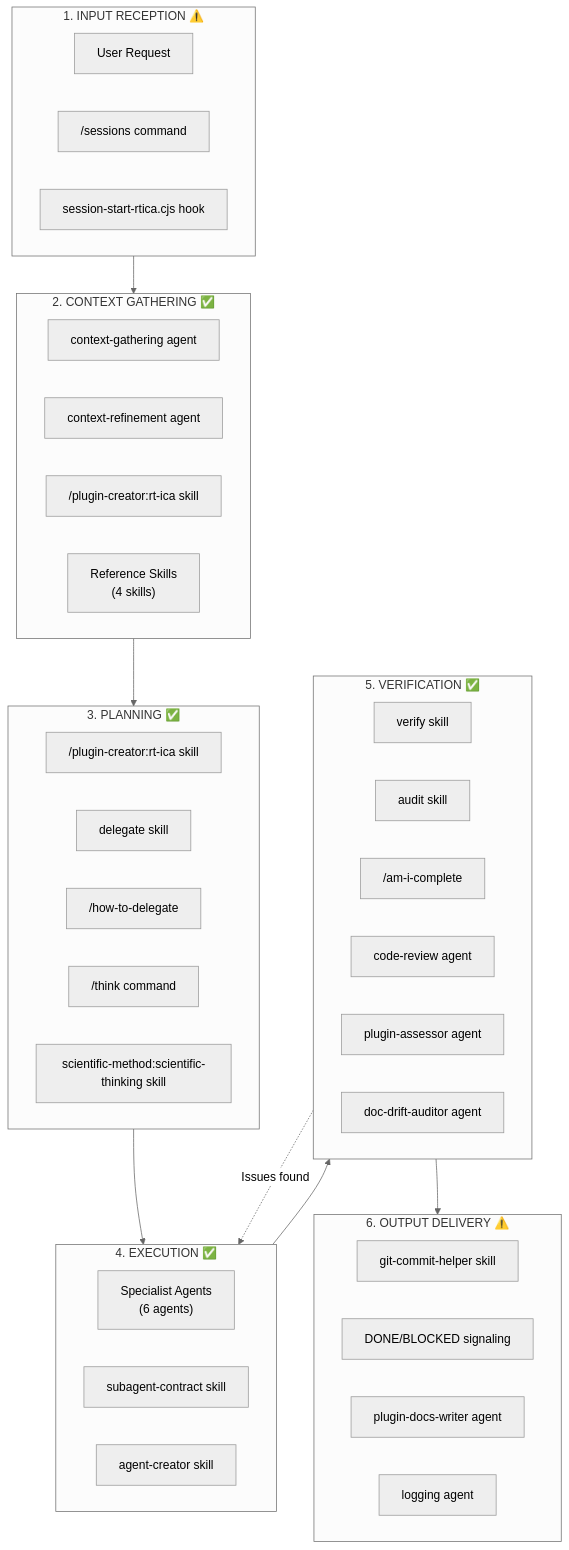
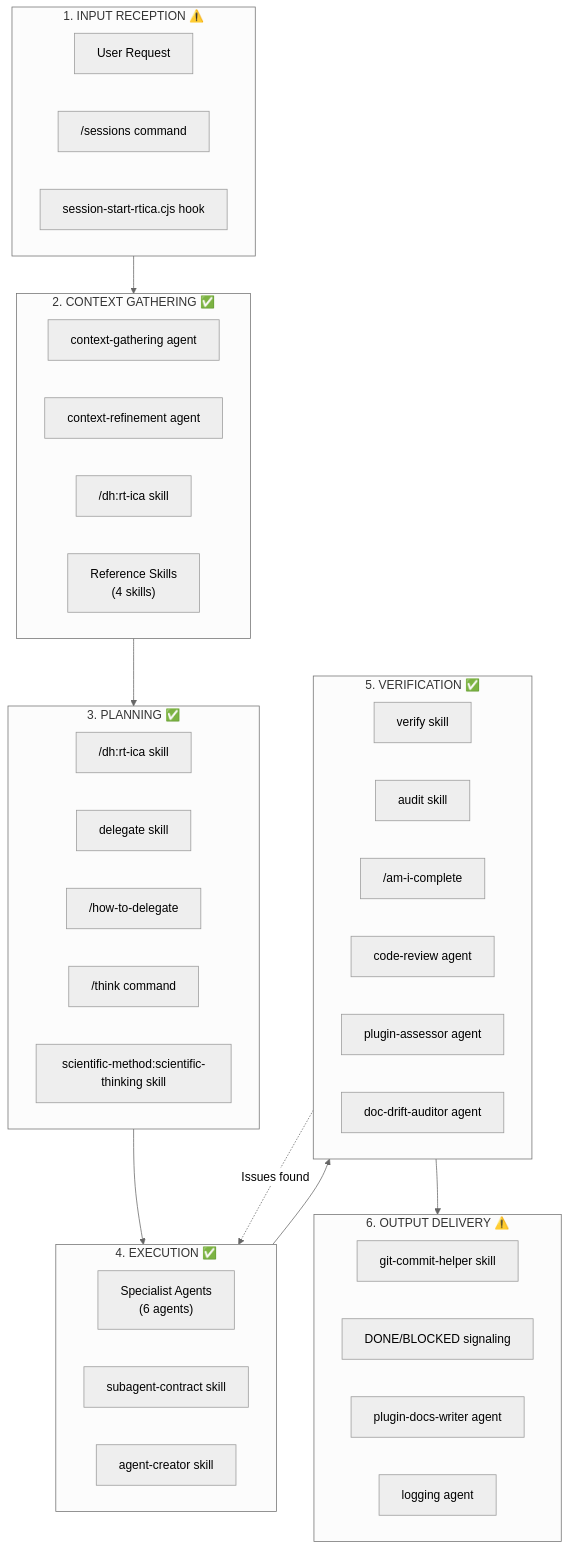
The first of 7 diagrams in .claude/knowledge/workflow-diagrams/master-workflow.md (chgreer1070/claude_skills), drawn with Mermaid (neutral theme) before and after one commit. The commit also changed 11 other files, not shown here.

First line of the commit message:
refactor(skills): move rt-ica from plugin-creator to development-harness

````diff
--- a/.claude/knowledge/workflow-diagrams/master-workflow.md
+++ b/.claude/knowledge/workflow-diagrams/master-workflow.md
@@ -9,52 +9,52 @@
 ```mermaid
 flowchart TB
     subgraph INPUT["1. INPUT RECEPTION ⚠️"]
         I1[User Request]
         I2["/sessions command"]
         I3["session-start-rtica.cjs hook"]
     end
 
     subgraph CONTEXT["2. CONTEXT GATHERING ✅"]
         C1["context-gathering agent"]
         C2["context-refinement agent"]
-        C3["/plugin-creator:rt-ica skill"]
+        C3["/dh:rt-ica skill"]
         C4["Reference Skills<br/>(4 skills)"]
     end
 
     subgraph PLANNING["3. PLANNING ✅"]
-        P1["/plugin-creator:rt-ica skill"]
+        P1["/dh:rt-ica skill"]
         P2["delegate skill"]
         P3["/how-to-delegate"]
         P4["/think command"]
         P5["scientific-method:scientific-thinking skill"]
     end
 
     subgraph EXECUTION["4. EXECUTION ✅"]
         E1["Specialist Agents<br/>(6 agents)"]
         E2["subagent-contract skill"]
         E3["agent-creator skill"]
     end
 
     subgraph VERIFICATION["5. VERIFICATION ✅"]
         V1["verify skill"]
         V2["audit skill"]
         V3["/am-i-complete"]
         V4["code-review agent"]
         V5["plugin-assessor agent"]
         V6["doc-drift-auditor agent"]
     end
 
     subgraph OUTPUT["6. OUTPUT DELIVERY ⚠️"]
         O1["git-commit-helper skill"]
         O2["DONE/BLOCKED signaling"]
         O3["plugin-docs-writer agent"]
         O4["logging agent"]
     end
 
     INPUT --> CONTEXT
     CONTEXT --> PLANNING
     PLANNING --> EXECUTION
     EXECUTION --> VERIFICATION
     VERIFICATION --> OUTPUT
     VERIFICATION -.->|"Issues found"| EXECUTION
 ```
````
